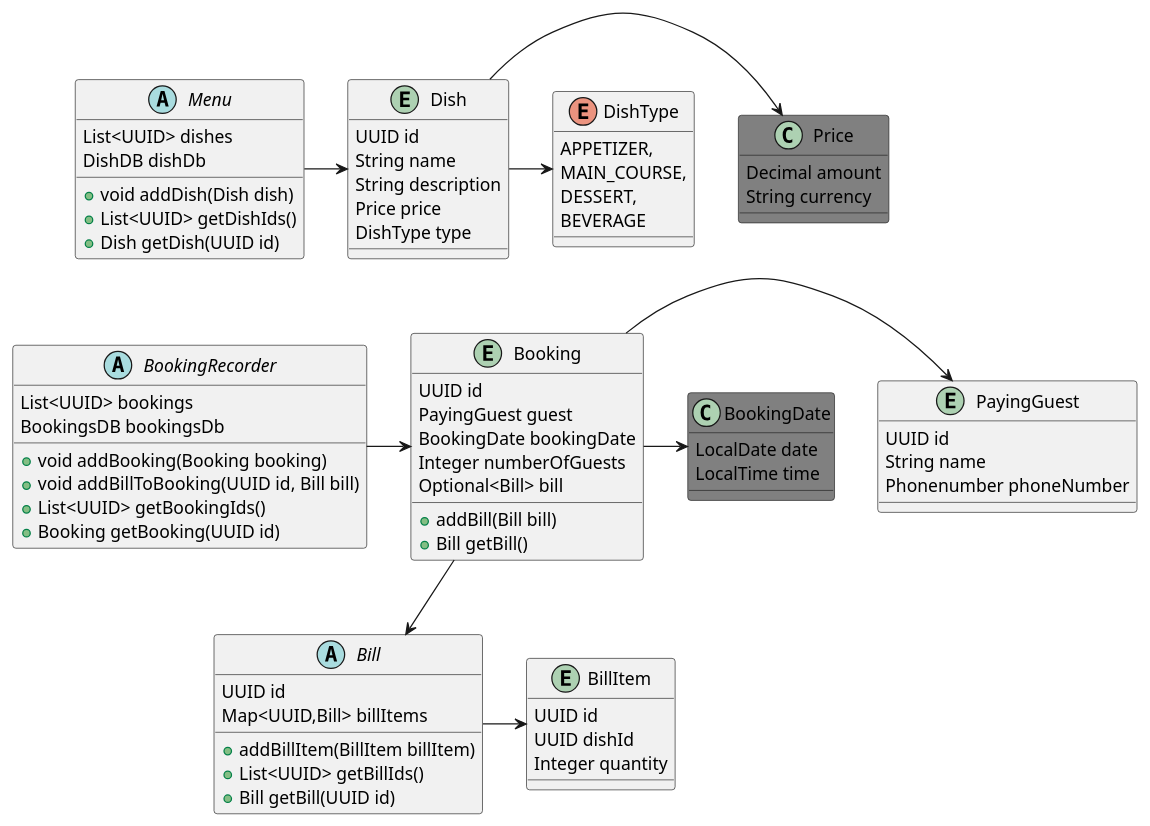
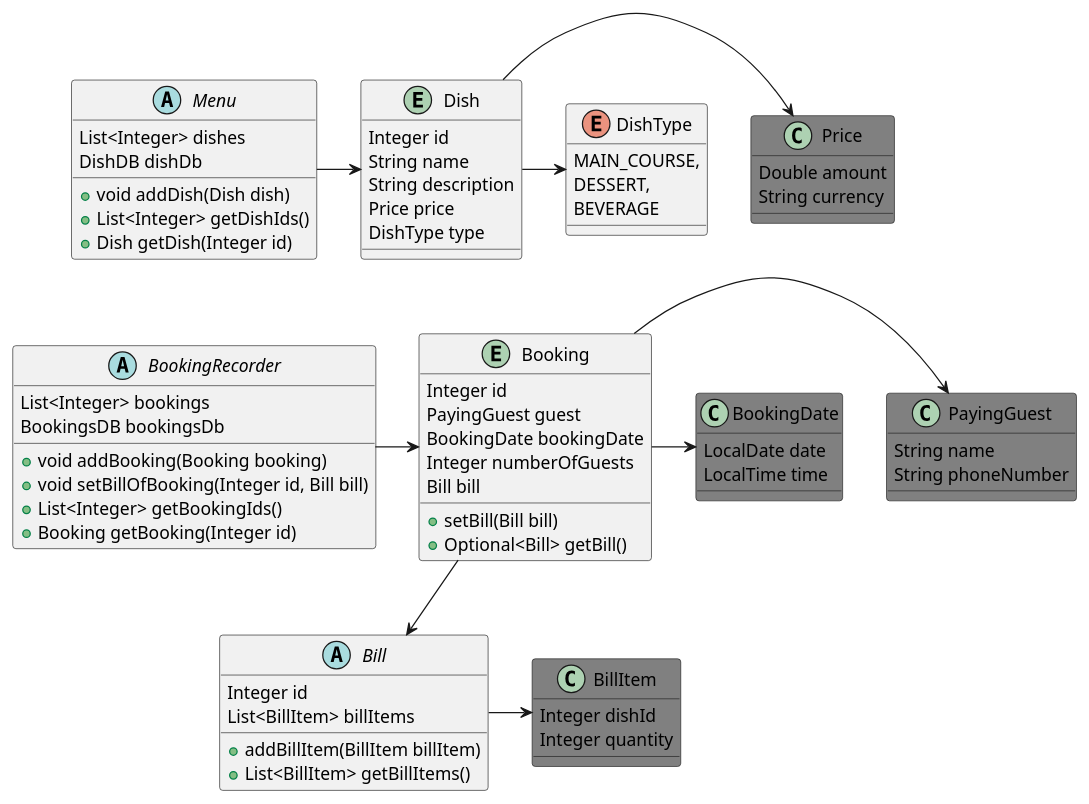
One commit to JonasHellgren/JavaBasics changed the diagram in out/production/java-fundamentals/domain_driven_design/restaurant_booking/diagrams/domain_classes.puml. Above: the diagram before and after it, drawn with PlantUML. The commit also changed 52 other files, not shown here.

```diff
--- a/out/production/java-fundamentals/domain_driven_design/restaurant_booking/diagrams/domain_classes.puml
+++ b/out/production/java-fundamentals/domain_driven_design/restaurant_booking/diagrams/domain_classes.puml
@@ -1,110 +1,109 @@
 @startuml
 
 
 together {
   class Menu
   entity Dish
   enum DishType
 }
 
 together {
   abstract BookingRecorder
   entity Booking
   class BookingDate
   abstract Bill
-  entity BillItem
+  class BillItem
 }
 
 entity Dish {
-  UUID id
+  Integer id
   String name
   String description
   Price price
   DishType type
 }
 
 class  Price #grey {
-  Decimal amount
+  Double amount
   String currency
 }
 
-entity PayingGuest {
-  UUID id
+class PayingGuest #grey {
   String name
-  Phonenumber phoneNumber
+  String phoneNumber
+}
+
+
+entity Booking {
+  Integer id
+  PayingGuest guest
+  BookingDate bookingDate
+  Integer numberOfGuests
+  Bill bill
+  + setBill(Bill bill)
+  + Optional<Bill> getBill()
+}
+
+
+class BookingDate #grey {
+  LocalDate date
+  LocalTime time
+}
+
+class BillItem #grey {
+  Integer dishId
+  Integer quantity
+}
+
+
+
+enum DishType {
+  MAIN_COURSE,
+  DESSERT,
+  BEVERAGE
+}
+
+abstract Menu {
+  List<Integer> dishes
+  DishDB dishDb
+  + void addDish(Dish dish)
+  + List<Integer> getDishIds()
+  + Dish getDish(Integer id)
+}
+
+abstract Bill {
+  Integer id
+  List<BillItem> billItems
+  + addBillItem(BillItem billItem)
+  + List<BillItem> getBillItems()
+
+}
+
+
+
+abstract BookingRecorder{
+  List<Integer> bookings
+  BookingsDB bookingsDb
+  + void addBooking(Booking booking)
+  + void setBillOfBooking(Integer id, Bill bill)
+  + List<Integer> getBookingIds()
+  + Booking getBooking(Integer id)
 }
 
 Menu -> Dish
 Dish -> DishType
 Dish -> Price
 
 BookingRecorder -> Booking
 Booking -down-> Bill
 Booking -> BookingDate
 
-
 Bill -> BillItem
 Menu -[hidden]-> BookingRecorder
 BookingRecorder -[hidden]-> Bill
 
 Booking -> PayingGuest
 
-entity Booking {
-  UUID id
-  PayingGuest guest
-  BookingDate bookingDate
-  Integer numberOfGuests
-  Optional<Bill> bill
-  + addBill(Bill bill)
-  + Bill getBill()
-}
-
-
-
-class BookingDate #grey {
-  LocalDate date
-  LocalTime time
-}
-
-entity BillItem {
-  UUID id
-  UUID dishId
-  Integer quantity
-}
-
-enum DishType {
-  APPETIZER,
-  MAIN_COURSE,
-  DESSERT,
-  BEVERAGE
-}
-
-abstract Menu {
-  List<UUID> dishes
-  DishDB dishDb
-  + void addDish(Dish dish)
-  + List<UUID> getDishIds()
-  + Dish getDish(UUID id)
-}
-
-abstract Bill {
-  UUID id
-  Map<UUID,Bill> billItems
-  + addBillItem(BillItem billItem)
-  + List<UUID> getBillIds()
-  + Bill getBill(UUID id)
-}
-
-
-
-abstract BookingRecorder{
-  List<UUID> bookings
-  BookingsDB bookingsDb
-  + void addBooking(Booking booking)
-  + void addBillToBooking(UUID id, Bill bill)
-  + List<UUID> getBookingIds()
-  + Booking getBooking(UUID id)
-}
 
 
 @enduml
```
